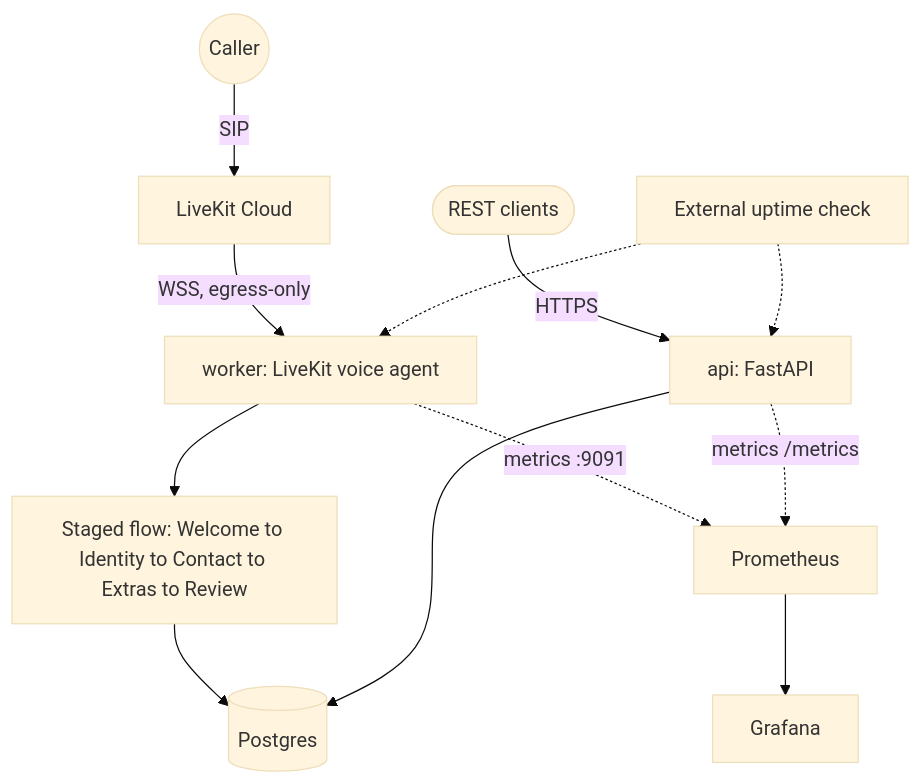
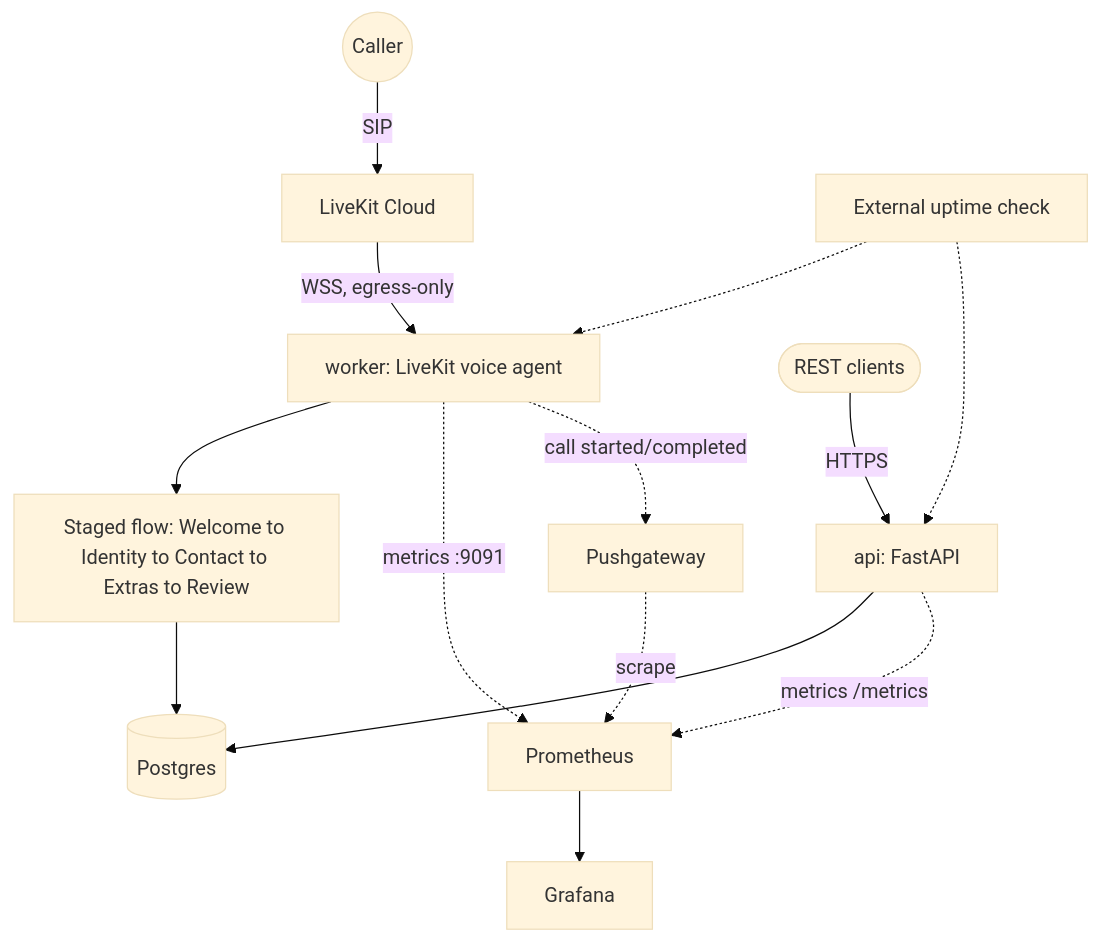
One commit to muazarif12/DevOps_Infrastructure_Engineer_Challenge changed the diagram in README.md. Above: the diagram before and after it, drawn with Mermaid (base theme). The commit also changed other lines of this file, not shown here.

First line of the commit message:
Document the new call-level metrics and Pushgateway deployment

````diff
--- a/README.md
+++ b/README.md
@@ -23,16 +23,18 @@
 ```mermaid
 flowchart TD
   Caller((Caller)) -->|SIP| LKC[LiveKit Cloud]
   LKC -->|WSS, egress-only| Worker[worker: LiveKit voice agent]
   Worker --> Flow[Staged flow: Welcome to Identity to Contact to Extras to Review]
   Flow --> PG[(Postgres)]
   Client([REST clients]) -->|HTTPS| API[api: FastAPI]
   API --> PG
 
   Worker -. metrics :9091 .-> Prom[Prometheus]
   API -. metrics /metrics .-> Prom
+  Worker -. call started/completed .-> PushGW[Pushgateway]
+  PushGW -. scrape .-> Prom
   Prom --> Grafana
 
   Uptime[External uptime check] -.-> Worker
   Uptime -.-> API
 ```
````
